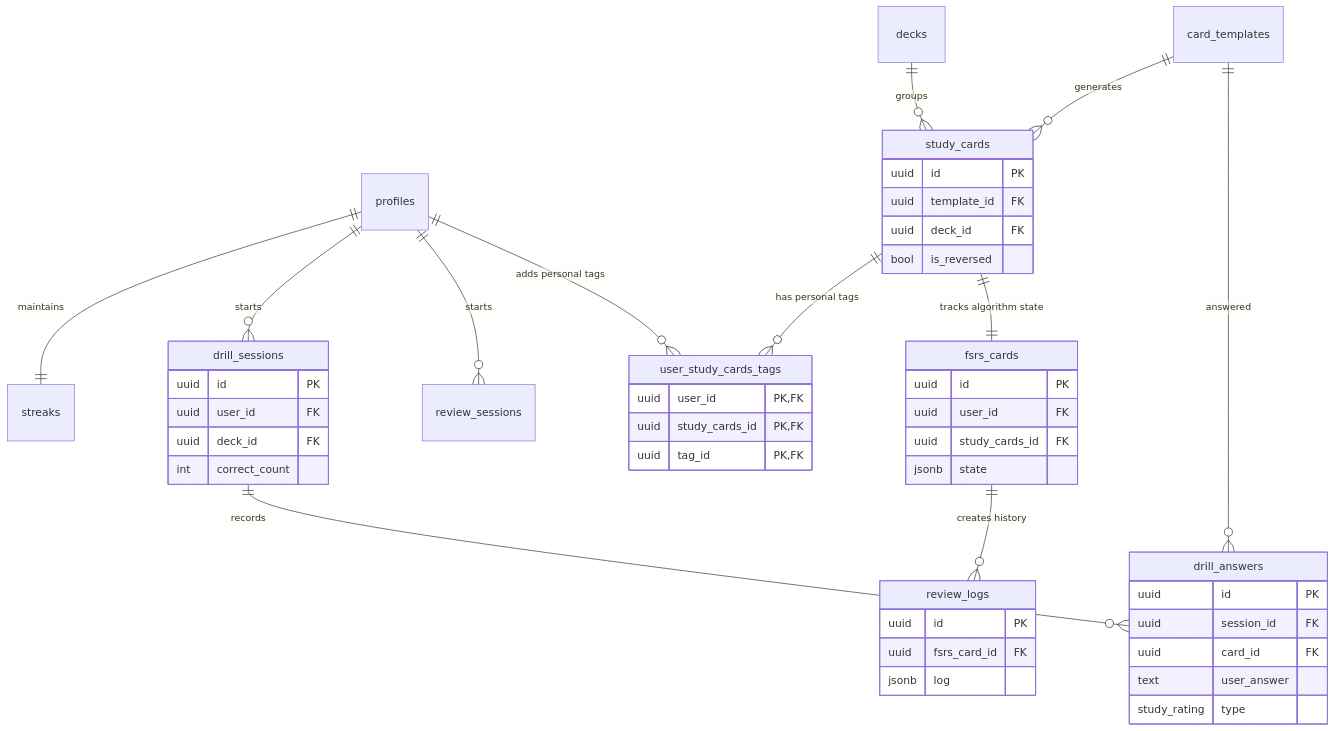
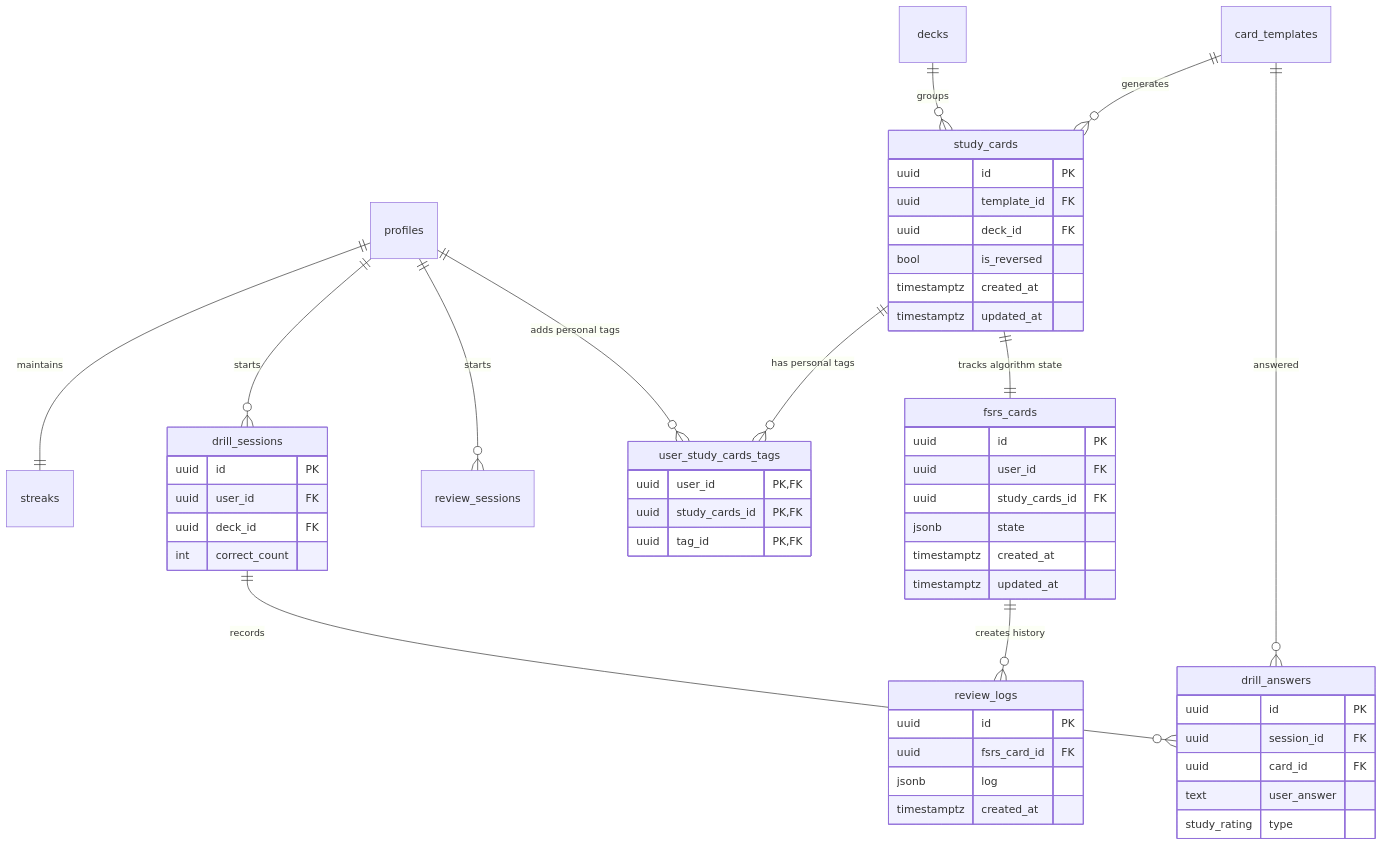
Before and after one commit to GuyWithBag/boo_mondai: the fourth of 6 diagrams in supabase/context/schema_diagram.md, drawn with Mermaid. The commit also changed other lines of this file and 101 other files, not shown here.

````diff
--- a/supabase/context/schema_diagram.md
+++ b/supabase/context/schema_diagram.md
@@ -153,60 +161,65 @@
 ```mermaid
 erDiagram
     profiles ||--|| streaks : "maintains"
     profiles ||--o{ drill_sessions : "starts"
     profiles ||--o{ review_sessions : "starts"
     
     decks ||--o{ study_cards : "groups"
     card_templates ||--o{ study_cards : "generates"
     
     study_cards {
         uuid id PK
         uuid template_id FK
         uuid deck_id FK
         bool is_reversed
+        timestamptz created_at
+        timestamptz updated_at
     }
 
     user_study_cards_tags {
         uuid user_id PK, FK
         uuid study_cards_id PK, FK
         uuid tag_id PK, FK
     }
 
     fsrs_cards {
         uuid id PK
         uuid user_id FK
         uuid study_cards_id FK
         jsonb state
+        timestamptz created_at
+        timestamptz updated_at
     }
 
     review_logs {
         uuid id PK
         uuid fsrs_card_id FK
         jsonb log
+        timestamptz created_at
     }
 
     drill_sessions {
         uuid id PK
         uuid user_id FK
         uuid deck_id FK
         int correct_count
     }
 
     drill_answers {
         uuid id PK
         uuid session_id FK
         uuid card_id FK
         text user_answer
         study_rating type
     }
 
     profiles ||--o{ user_study_cards_tags : "adds personal tags"
     study_cards ||--o{ user_study_cards_tags : "has personal tags"
     
     study_cards ||--|| fsrs_cards : "tracks algorithm state"
     fsrs_cards ||--o{ review_logs : "creates history"
     
     drill_sessions ||--o{ drill_answers : "records"
     card_templates ||--o{ drill_answers : "answered"
 
 ```
````
